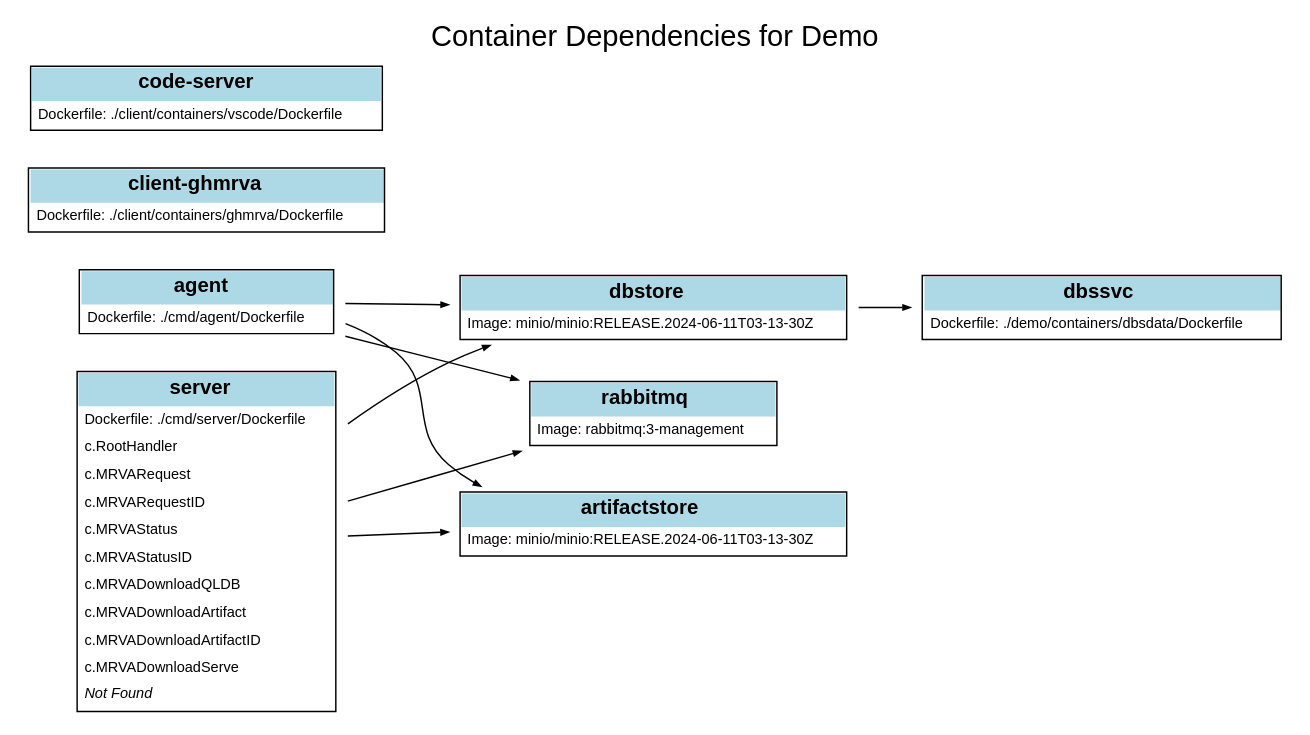
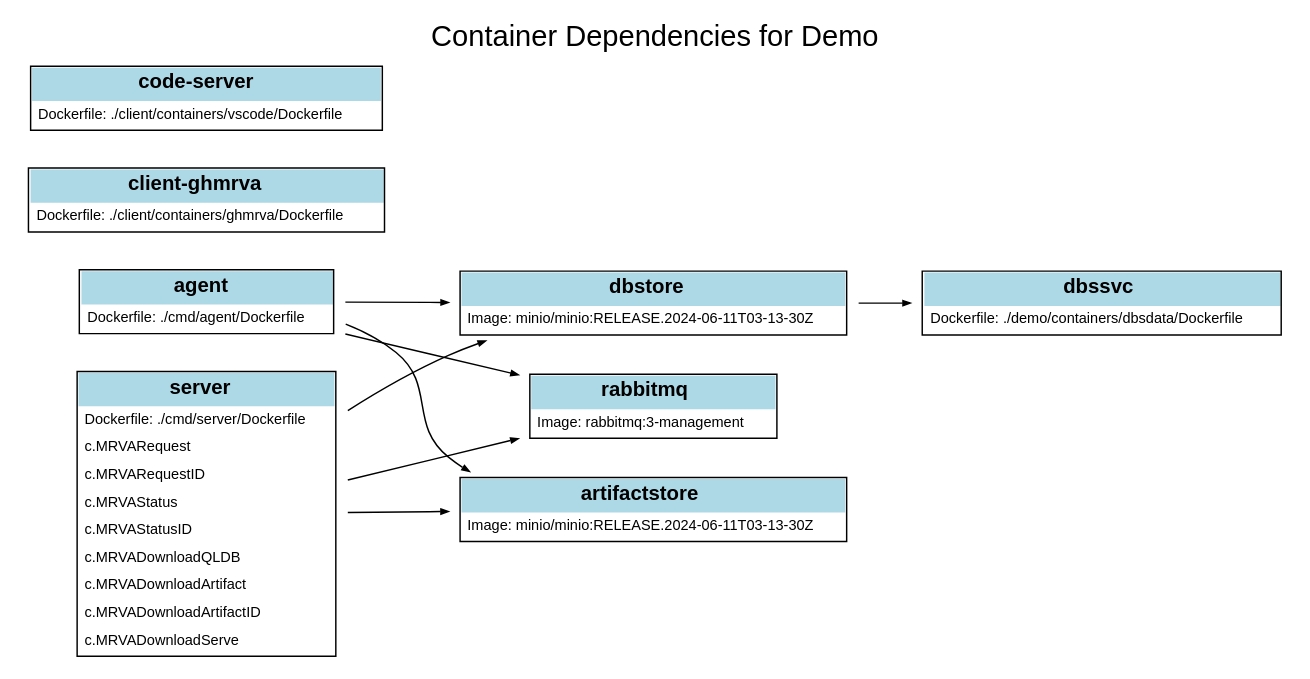
Before and after one commit to hohn/mrvacommander: the diagram in notes/system-structure.dot, drawn with Graphviz.

Commit message:
better diagram

```diff
--- a/notes/system-structure.dot
+++ b/notes/system-structure.dot
@@ -1,112 +1,110 @@
 digraph DockerComposeDemo {
     rankdir=LR; // Left-to-right layout
     node [shape=plaintext fontname="Helvetica"];
     edge [arrowsize=0.5];
     
     // Title
     label="Container Dependencies for Demo";
     labelloc=top;
     fontsize=20;
     fontname="Helvetica";
 
     // Define nodes with Dockerfile references
     dbssvc [
         shape=plaintext
         label=<
             <table border="1" cellborder="0" cellspacing="0" cellpadding="4">
                 <tr><td colspan="1" bgcolor="lightblue"><b>dbssvc</b></td></tr>
                 <tr><td align="left"><font point-size="10">Dockerfile: ./demo/containers/dbsdata/Dockerfile</font></td></tr>
             </table>
         >
     ];
 
     dbstore [
         shape=plaintext
         label=<
             <table border="1" cellborder="0" cellspacing="0" cellpadding="4">
                 <tr><td colspan="1" bgcolor="lightblue"><b>dbstore</b></td></tr>
                 <tr><td align="left"><font point-size="10">Image: minio/minio:RELEASE.2024-06-11T03-13-30Z</font></td></tr>
             </table>
         >
     ];
 
     client_ghmrva [
         shape=plaintext
         label=<
             <table border="1" cellborder="0" cellspacing="0" cellpadding="4">
                 <tr><td colspan="1" bgcolor="lightblue"><b>client-ghmrva</b></td></tr>
                 <tr><td align="left"><font point-size="10">Dockerfile: ./client/containers/ghmrva/Dockerfile</font></td></tr>
             </table>
         >
     ];
 
     code_server [
         shape=plaintext
         label=<
             <table border="1" cellborder="0" cellspacing="0" cellpadding="4">
                 <tr><td colspan="1" bgcolor="lightblue"><b>code-server</b></td></tr>
                 <tr><td align="left"><font point-size="10">Dockerfile: ./client/containers/vscode/Dockerfile</font></td></tr>
             </table>
         >
     ];
 
     rabbitmq [
         shape=plaintext
         label=<
             <table border="1" cellborder="0" cellspacing="0" cellpadding="4">
                 <tr><td colspan="1" bgcolor="lightblue"><b>rabbitmq</b></td></tr>
                 <tr><td align="left"><font point-size="10">Image: rabbitmq:3-management</font></td></tr>
             </table>
         >
     ];
 
     artifactstore [
         shape=plaintext
         label=<
             <table border="1" cellborder="0" cellspacing="0" cellpadding="4">
                 <tr><td colspan="1" bgcolor="lightblue"><b>artifactstore</b></td></tr>
                 <tr><td align="left"><font point-size="10">Image: minio/minio:RELEASE.2024-06-11T03-13-30Z</font></td></tr>
             </table>
         >
     ];
 
     agent [
         shape=plaintext
         label=<
             <table border="1" cellborder="0" cellspacing="0" cellpadding="4">
                 <tr><td colspan="1" bgcolor="lightblue"><b>agent</b></td></tr>
                 <tr><td align="left"><font point-size="10">Dockerfile: ./cmd/agent/Dockerfile</font></td></tr>
             </table>
         >
     ];
 
     // Expanded 'server' node with handler names and Dockerfile reference
     server [
         shape=plaintext
         label=<
             <table border="1" cellborder="0" cellspacing="0" cellpadding="4">
                 <tr><td colspan="1" bgcolor="lightblue"><b>server</b></td></tr>
                 <tr><td align="left"><font point-size="10">Dockerfile: ./cmd/server/Dockerfile</font></td></tr>
-                <tr><td align="left"><font point-size="10">c.RootHandler</font></td></tr>
                 <tr><td align="left"><font point-size="10">c.MRVARequest</font></td></tr>
                 <tr><td align="left"><font point-size="10">c.MRVARequestID</font></td></tr>
                 <tr><td align="left"><font point-size="10">c.MRVAStatus</font></td></tr>
                 <tr><td align="left"><font point-size="10">c.MRVAStatusID</font></td></tr>
                 <tr><td align="left"><font point-size="10">c.MRVADownloadQLDB</font></td></tr>
                 <tr><td align="left"><font point-size="10">c.MRVADownloadArtifact</font></td></tr>
                 <tr><td align="left"><font point-size="10">c.MRVADownloadArtifactID</font></td></tr>
                 <tr><td align="left"><font point-size="10">c.MRVADownloadServe</font></td></tr>
-                <tr><td align="left"><font point-size="10"><i>Not Found</i></font></td></tr>
             </table>
         >
     ];
 
     // Define edges (dependencies)
     dbstore -> dbssvc;
     server -> dbstore;
     server -> rabbitmq;
     server -> artifactstore;
     agent -> dbstore;
     agent -> artifactstore;
     agent -> rabbitmq;
 }
```
